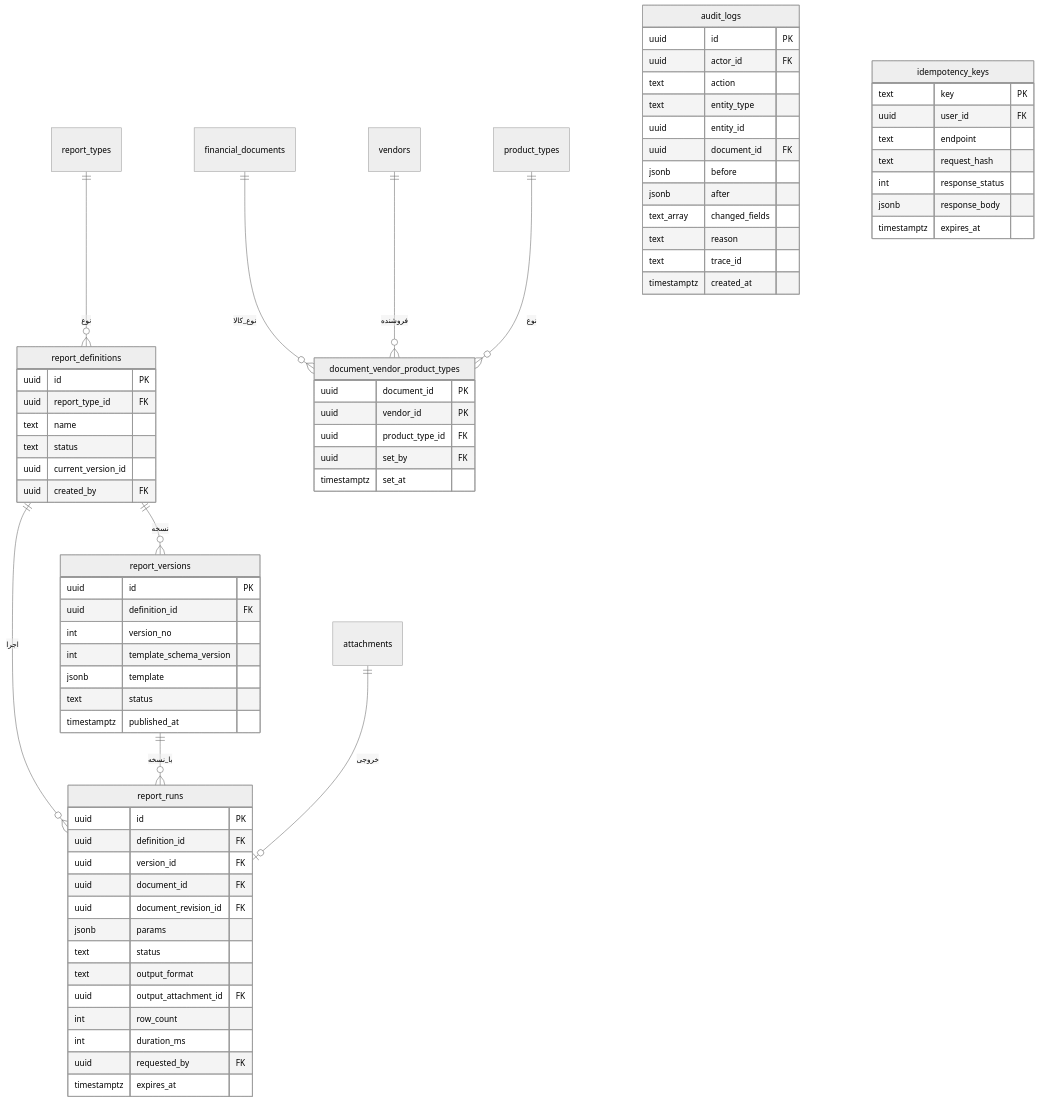
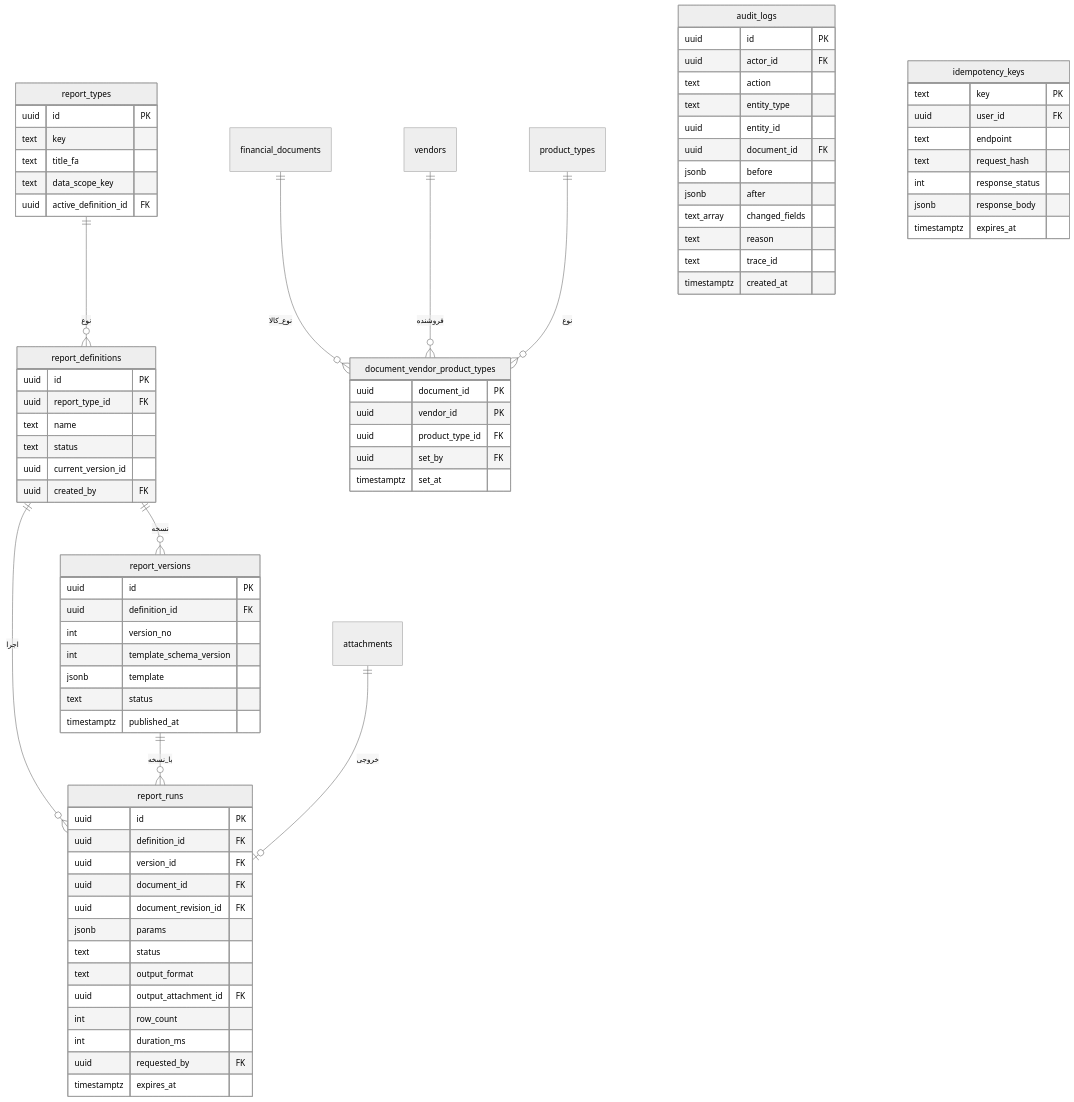
The fifth of 5 diagrams in docs/03-erd.md (AliMashhadi2044/Document-Manager), drawn with Mermaid (neutral theme) before and after one commit. The commit also changed 39 other files, not shown here.

````diff
--- a/docs/03-erd.md
+++ b/docs/03-erd.md
@@ -397,62 +397,67 @@
 ```mermaid
 erDiagram
   report_types ||--o{ report_definitions : "نوع"
   report_definitions ||--o{ report_versions : "نسخه"
   report_definitions ||--o{ report_runs : "اجرا"
   report_versions ||--o{ report_runs : "با_نسخه"
   attachments ||--o| report_runs : "خروجی"
   financial_documents ||--o{ document_vendor_product_types : "نوع_کالا"
   vendors ||--o{ document_vendor_product_types : "فروشنده"
   product_types ||--o{ document_vendor_product_types : "نوع"
 
+  report_types { uuid id PK
+      text key
+      text title_fa
+      text data_scope_key
+      uuid active_definition_id FK }
   report_definitions { uuid id PK
       uuid report_type_id FK
       text name
       text status
       uuid current_version_id
       uuid created_by FK }
   report_versions { uuid id PK
       uuid definition_id FK
       int  version_no
       int  template_schema_version
       jsonb template
       text status
       timestamptz published_at }
   report_runs { uuid id PK
       uuid definition_id FK
       uuid version_id FK
       uuid document_id FK
       uuid document_revision_id FK
       jsonb params
       text status
       text output_format
       uuid output_attachment_id FK
       int  row_count
       int  duration_ms
       uuid requested_by FK
       timestamptz expires_at }
   document_vendor_product_types { uuid document_id PK
       uuid vendor_id PK
       uuid product_type_id FK
       uuid set_by FK
       timestamptz set_at }
   audit_logs { uuid id PK
       uuid actor_id FK
       text action
       text entity_type
       uuid entity_id
       uuid document_id FK
       jsonb before
       jsonb after
       text_array changed_fields
       text reason
       text trace_id
       timestamptz created_at }
   idempotency_keys { text key PK
       uuid user_id FK
       text endpoint
       text request_hash
       int  response_status
       jsonb response_body
       timestamptz expires_at }
 ```
````
